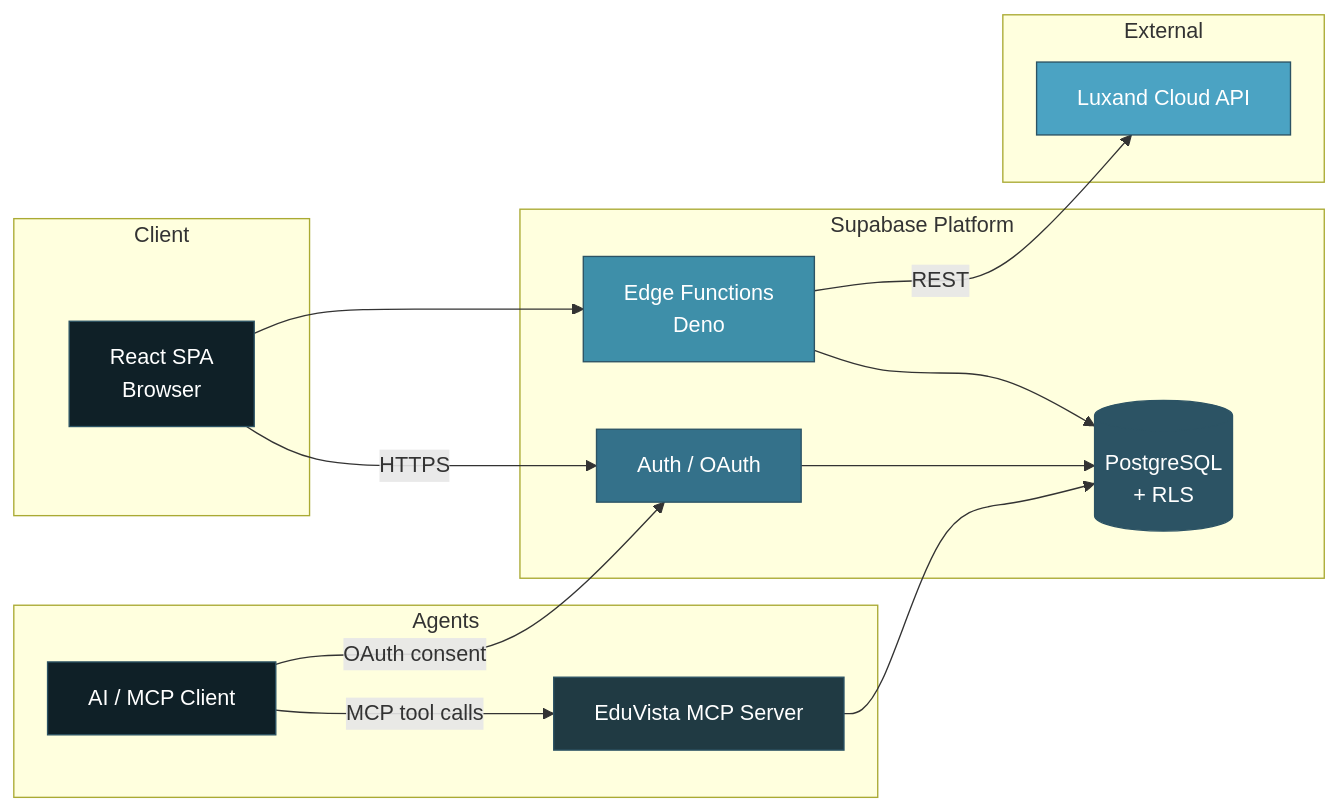
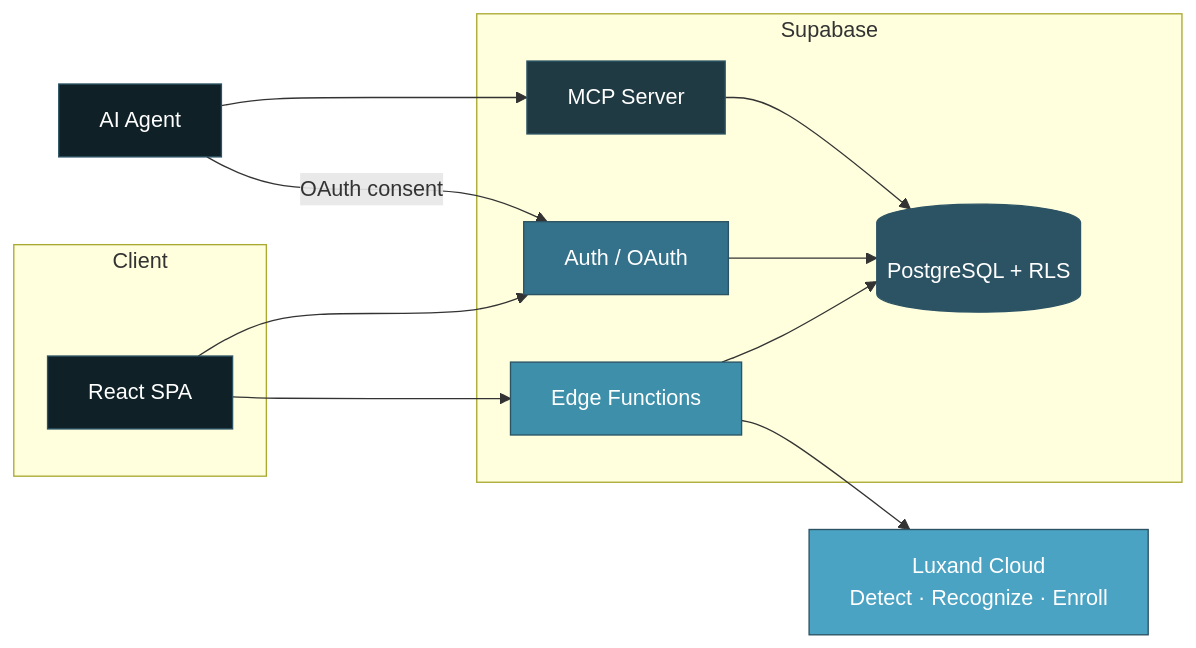
One commit to Riddhis2226/Edu-Vista-Attendance changed the diagram in README.md. Above: the diagram before and after it, drawn with Mermaid. The commit also changed other lines of this file, not shown here.

````diff
--- a/README.md
+++ b/README.md
@@ -86,38 +61,33 @@
 ```mermaid
 flowchart LR
     subgraph Client
-        U[React SPA<br/>Browser]
+        WEB[React SPA]
     end
 
-    subgraph Supabase Platform
+    subgraph Supabase
         AUTH[Auth / OAuth]
-        DB[(PostgreSQL<br/>+ RLS)]
-        EDGE[Edge Functions<br/>Deno]
+        DB[(PostgreSQL + RLS)]
+        EDGE[Edge Functions]
+        MCP[MCP Server]
     end
 
-    subgraph External
-        LUX[Luxand Cloud API]
-    end
+    LUX[Luxand Cloud<br/>Detect · Recognize · Enroll]
+    AGENT[AI Agent]
 
-    subgraph Agents
-        AGENT[AI / MCP Client]
-        MCP[EduVista MCP Server]
-    end
-
-    U -->|HTTPS| AUTH
-    U --> EDGE
-    EDGE -->|REST| LUX
+    WEB --> AUTH
+    WEB --> EDGE
+    EDGE --> LUX
     EDGE --> DB
     AUTH --> DB
     AGENT -->|OAuth consent| AUTH
-    AGENT -->|MCP tool calls| MCP
+    AGENT --> MCP
     MCP --> DB
 
-    style U fill:#0F2027,color:#fff,stroke:#2C5364
+    style WEB fill:#0F2027,color:#fff,stroke:#2C5364
     style AUTH fill:#34718A,color:#fff,stroke:#2C5364
     style DB fill:#2C5364,color:#fff,stroke:#2C5364
     style EDGE fill:#3E8FA9,color:#fff,stroke:#2C5364
     style LUX fill:#4BA3C3,color:#fff,stroke:#2C5364
     style AGENT fill:#0F2027,color:#fff,stroke:#2C5364
     style MCP fill:#203A43,color:#fff,stroke:#2C5364
 ```
````
